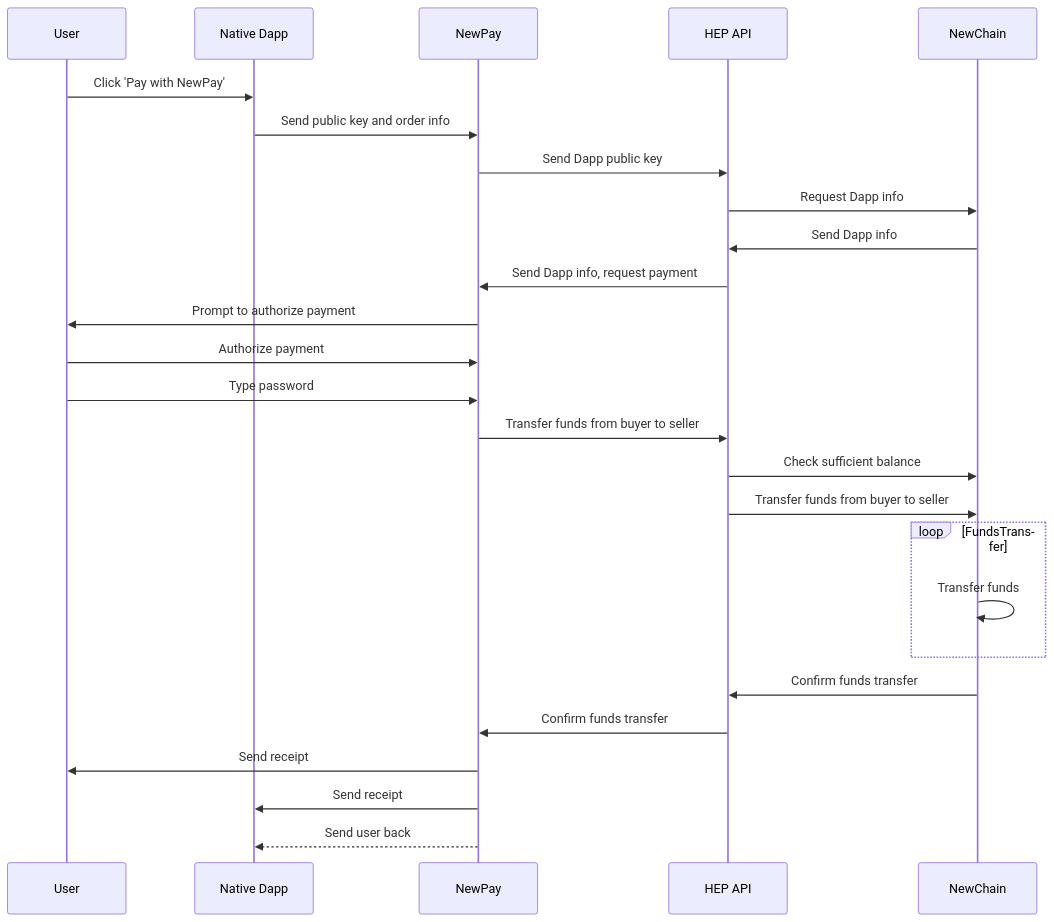
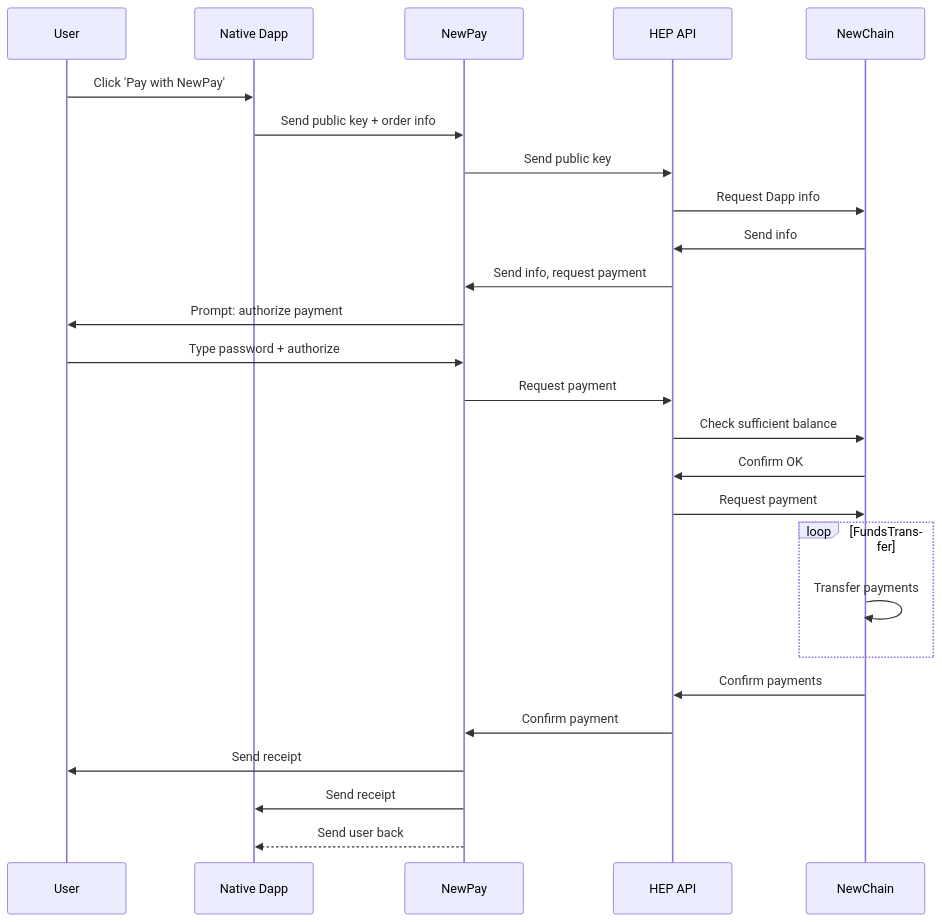
The diagram in payment_process.md (newtonproject/HEP-specification), drawn with Mermaid before and after one commit. The commit also changed 1 other file, not shown here.

Commit message:
Sync with external mermaid

````diff
--- a/payment_process.md
+++ b/payment_process.md
@@ -13,29 +13,29 @@
 ```mermaid
 sequenceDiagram;
     participant User;
     participant Native Dapp;
 	participant NewPay;
 	participant HEP API;
 	participant NewChain;
 
     User->>Native Dapp: Click 'Pay with NewPay';
-	Native Dapp->>NewPay: Send public key and order info;
-	NewPay->>HEP API: Send Dapp public key;
+	Native Dapp->>NewPay: Send public key + order info;
+	NewPay->>HEP API: Send public key;
 	HEP API->>NewChain: Request Dapp info;
-	NewChain->>HEP API: Send Dapp info;
-	HEP API->>NewPay: Send Dapp info, request payment;
-	NewPay->> User: Prompt to authorize payment;
-	User->>NewPay: Authorize payment;
-	User->>NewPay: Type password;
-	NewPay->>HEP API: Transfer funds from buyer to seller;
+	NewChain->>HEP API: Send info;
+	HEP API->>NewPay: Send info, request payment;
+	NewPay->> User: Prompt: authorize payment;
+	User->>NewPay: Type password + authorize;
+	NewPay->>HEP API: Request payment;
 	HEP API->>NewChain: Check sufficient balance;
-	HEP API->>NewChain: Transfer funds from buyer to seller;
+	NewChain->>HEP API: Confirm OK
+	HEP API->>NewChain: Request payment;
 loop FundsTransfer;
-        NewChain->>NewChain: Transfer funds;
+        NewChain->>NewChain: Transfer payments;
 	end;
-	NewChain->>HEP API: Confirm funds transfer;
-	HEP API->>NewPay: Confirm funds transfer;
+	NewChain->>HEP API: Confirm payments;
+	HEP API->>NewPay: Confirm payment;
 	NewPay->>User: Send receipt;
 	NewPay->>Native Dapp: Send receipt;
 	NewPay-->>Native Dapp: Send user back;
 ```
````
